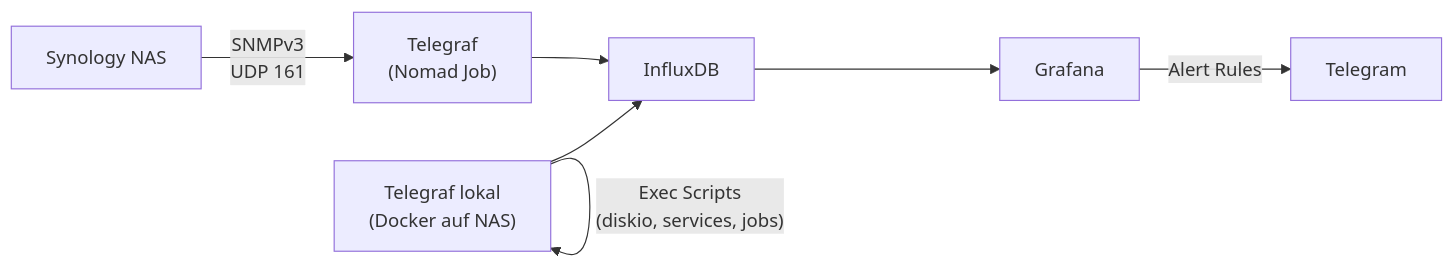
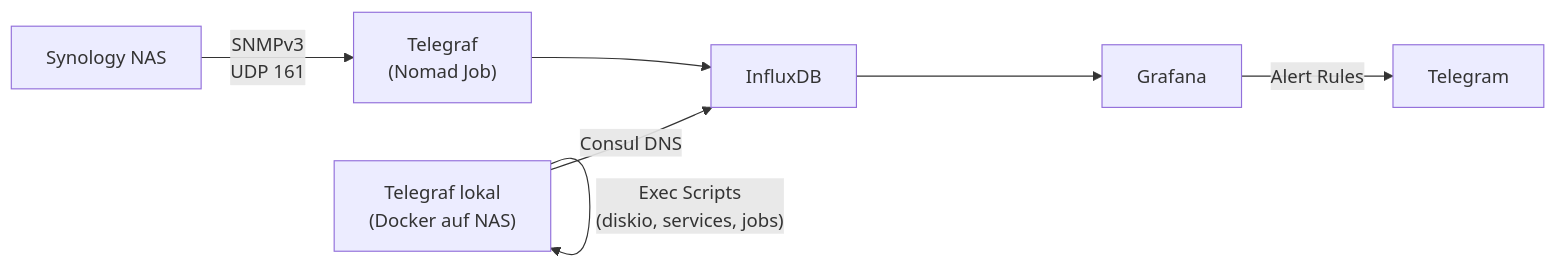
Before and after one commit to derever-labs/homelab-wiki: the diagram in docs/synology-monitoring/index.md, drawn with Mermaid. The commit also changed 2 other files, not shown here.

Commit message:
docs(wiki): InfluxDB Volume 30 GiB, Telegraf Consul DNS

````diff
--- a/docs/synology-monitoring/index.md
+++ b/docs/synology-monitoring/index.md
@@ -29,16 +29,16 @@
 ```mermaid
 graph LR
     NAS["Synology NAS"]
     TEL_REMOTE["Telegraf<br/>(Nomad Job)"]
     TEL_LOCAL["Telegraf lokal<br/>(Docker auf NAS)"]
     INFLUX["InfluxDB"]
     GRAF["Grafana"]
     TG["Telegram"]
 
     NAS -->|"SNMPv3<br/>UDP 161"| TEL_REMOTE
     TEL_REMOTE --> INFLUX
     TEL_LOCAL -->|"Exec Scripts<br/>(diskio, services, jobs)"| TEL_LOCAL
-    TEL_LOCAL --> INFLUX
+    TEL_LOCAL -->|"Consul DNS"| INFLUX
     INFLUX --> GRAF
     GRAF -->|"Alert Rules"| TG
 ```
````
